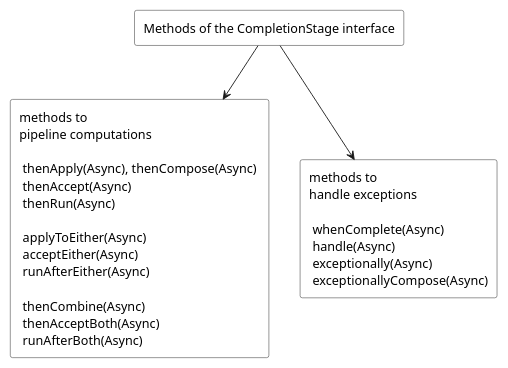
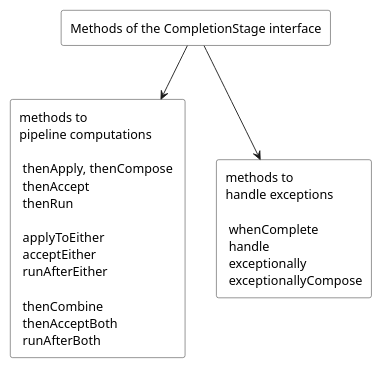
Before and after one commit to ti-cortex-m4/demo-java-completablefuture: the diagram in images/methods of the CompletionStage interface.puml, drawn with PlantUML. The commit also changed 3 other files, not shown here.

```diff
--- a/images/methods of the CompletionStage interface.puml
+++ b/images/methods of the CompletionStage interface.puml
@@ -1,14 +1,14 @@
 @startuml
 
 scale 0.9
 skinparam monochrome true
 skinparam RectangleBackgroundColor white
 
 rectangle "Methods of the CompletionStage interface" as methods
-rectangle "methods to\npipeline computations \n \n thenApply(Async), thenCompose(Async) \n thenAccept(Async) \n thenRun(Async) \n \n applyToEither(Async) \n acceptEither(Async) \n runAfterEither(Async) \n \n thenCombine(Async) \n thenAcceptBoth(Async) \n runAfterBoth(Async)" as methods1
-rectangle "methods to\nhandle exceptions \n \n whenComplete(Async) \n handle(Async) \n exceptionally(Async) \n exceptionallyCompose(Async)" as methods2
+rectangle "methods to\npipeline computations \n \n thenApply, thenCompose \n thenAccept \n thenRun \n \n applyToEither \n acceptEither \n runAfterEither \n \n thenCombine \n thenAcceptBoth \n runAfterBoth" as methods1
+rectangle "methods to\nhandle exceptions \n \n whenComplete \n handle \n exceptionally \n exceptionallyCompose" as methods2
 
 methods --> methods1
 methods --> methods2
 
 @enduml
```
